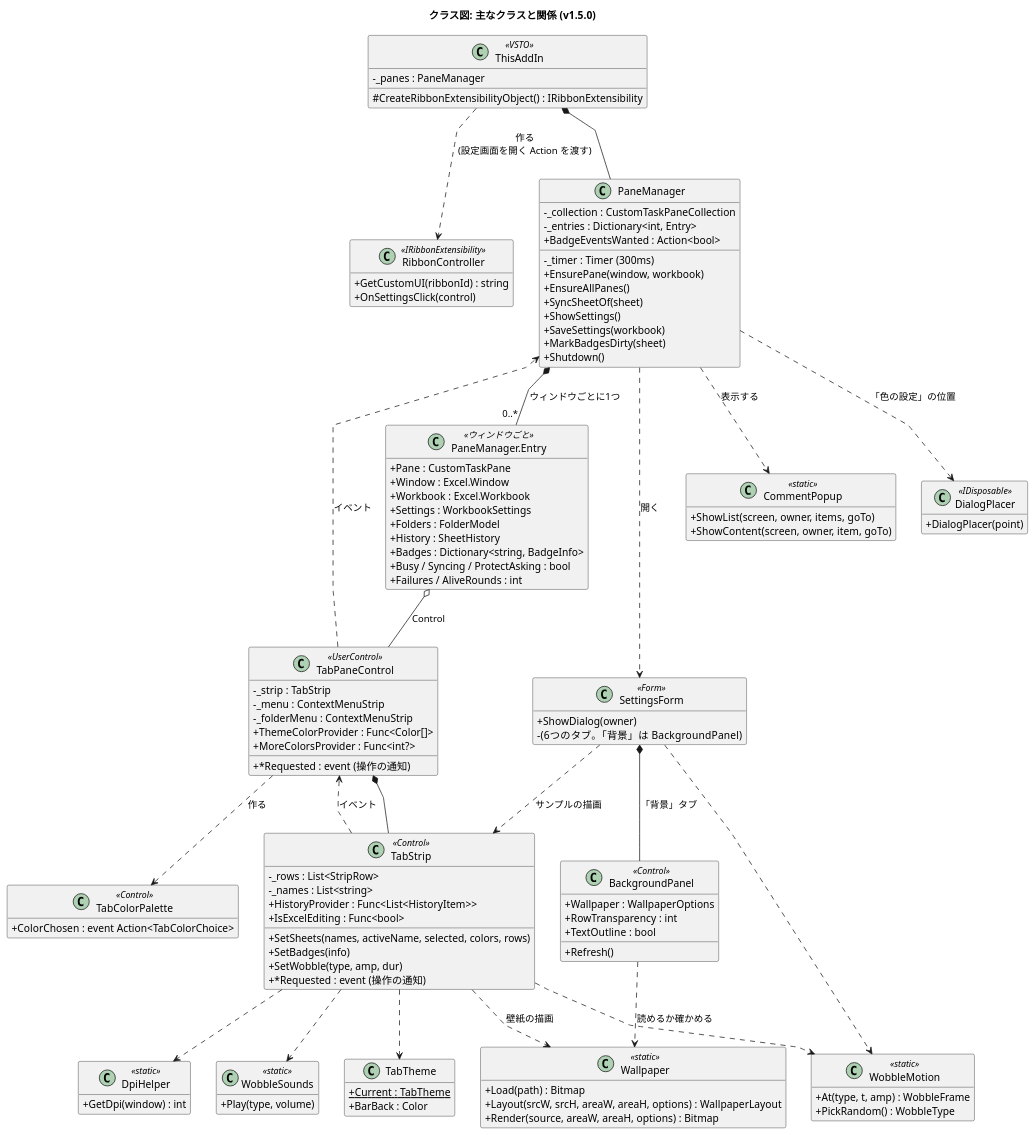
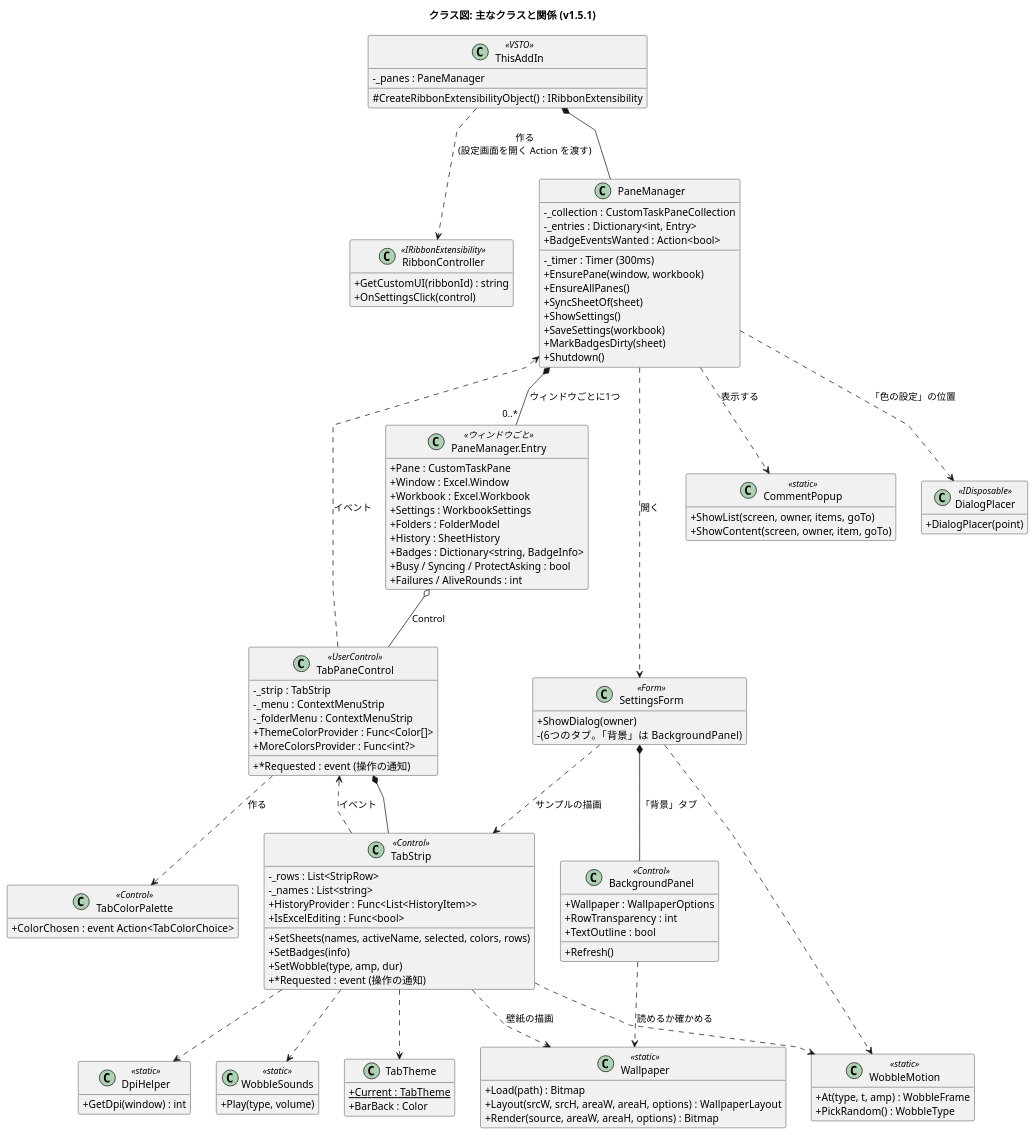
The diagram in docs/class-structure.puml (nk-taka623/VerticalSheetTabs), drawn with PlantUML before and after one commit. The commit also changed 14 other files, not shown here.

```diff
--- a/docs/class-structure.puml
+++ b/docs/class-structure.puml
@@ -1,133 +1,133 @@
 @startuml
-title クラス図: 主なクラスと関係 (v1.5.0)
+title クラス図: 主なクラスと関係 (v1.5.1)
 skinparam shadowing false
 skinparam classAttributeIconSize 0
 skinparam linetype polyline
 hide empty members
 
 class ThisAddIn <<VSTO>> {
   -_panes : PaneManager
   #CreateRibbonExtensibilityObject() : IRibbonExtensibility
 }
 
 class RibbonController <<IRibbonExtensibility>> {
   +GetCustomUI(ribbonId) : string
   +OnSettingsClick(control)
 }
 
 class PaneManager {
   -_collection : CustomTaskPaneCollection
   -_entries : Dictionary<int, Entry>
   -_timer : Timer (300ms)
   +BadgeEventsWanted : Action<bool>
   +EnsurePane(window, workbook)
   +EnsureAllPanes()
   +SyncSheetOf(sheet)
   +ShowSettings()
   +SaveSettings(workbook)
   +MarkBadgesDirty(sheet)
   +Shutdown()
 }
 
 class "PaneManager.Entry" as Entry <<ウィンドウごと>> {
   +Pane : CustomTaskPane
   +Window : Excel.Window
   +Workbook : Excel.Workbook
   +Settings : WorkbookSettings
   +Folders : FolderModel
   +History : SheetHistory
   +Badges : Dictionary<string, BadgeInfo>
   +Busy / Syncing / ProtectAsking : bool
   +Failures / AliveRounds : int
 }
 
 class TabPaneControl <<UserControl>> {
   -_strip : TabStrip
   -_menu : ContextMenuStrip
   -_folderMenu : ContextMenuStrip
   +ThemeColorProvider : Func<Color[]>
   +MoreColorsProvider : Func<int?>
   +*Requested : event (操作の通知)
 }
 
 class TabStrip <<Control>> {
   -_rows : List<StripRow>
   -_names : List<string>
   +SetSheets(names, activeName, selected, colors, rows)
   +SetBadges(info)
   +SetWobble(type, amp, dur)
   +*Requested : event (操作の通知)
   +HistoryProvider : Func<List<HistoryItem>>
   +IsExcelEditing : Func<bool>
 }
 
 class TabColorPalette <<Control>> {
   +ColorChosen : event Action<TabColorChoice>
 }
 
 class SettingsForm <<Form>> {
   +ShowDialog(owner)
   -(6つのタブ。「背景」は BackgroundPanel)
 }
 
 class BackgroundPanel <<Control>> {
   +Wallpaper : WallpaperOptions
   +RowTransparency : int
   +TextOutline : bool
   +Refresh()
 }
 
 class Wallpaper <<static>> {
   +Load(path) : Bitmap
   +Layout(srcW, srcH, areaW, areaH, options) : WallpaperLayout
   +Render(source, areaW, areaH, options) : Bitmap
 }
 
 class CommentPopup <<static>> {
   +ShowList(screen, owner, items, goTo)
   +ShowContent(screen, owner, item, goTo)
 }
 
 class DialogPlacer <<IDisposable>> {
   +DialogPlacer(point)
 }
 
 class TabTheme {
   +Current : TabTheme {static}
   +BarBack : Color
 }
 
 class DpiHelper <<static>> {
   +GetDpi(window) : int
 }
 
 class WobbleMotion <<static>> {
   +At(type, t, amp) : WobbleFrame
   +PickRandom() : WobbleType
 }
 
 class WobbleSounds <<static>> {
   +Play(type, volume)
 }
 
 ThisAddIn *-- PaneManager
 ThisAddIn ..> RibbonController : 作る\n(設定画面を開く Action を渡す)
 PaneManager *-- "0..*" Entry : ウィンドウごとに1つ
 Entry o-- TabPaneControl : Control
 TabPaneControl *-- TabStrip
 TabPaneControl ..> TabColorPalette : 作る
 TabStrip ..> TabPaneControl : イベント
 TabPaneControl ..> PaneManager : イベント
 PaneManager ..> SettingsForm : 開く
 PaneManager ..> CommentPopup : 表示する
 PaneManager ..> DialogPlacer : 「色の設定」の位置
 SettingsForm ..> TabStrip : サンプルの描画
 TabStrip ..> TabTheme
 TabStrip ..> DpiHelper
 TabStrip ..> WobbleMotion
 TabStrip ..> WobbleSounds
 SettingsForm ..> WobbleMotion
 SettingsForm *-- BackgroundPanel : 「背景」タブ
 BackgroundPanel ..> Wallpaper : 読めるか確かめる
 TabStrip ..> Wallpaper : 壁紙の描画
 @enduml
```
